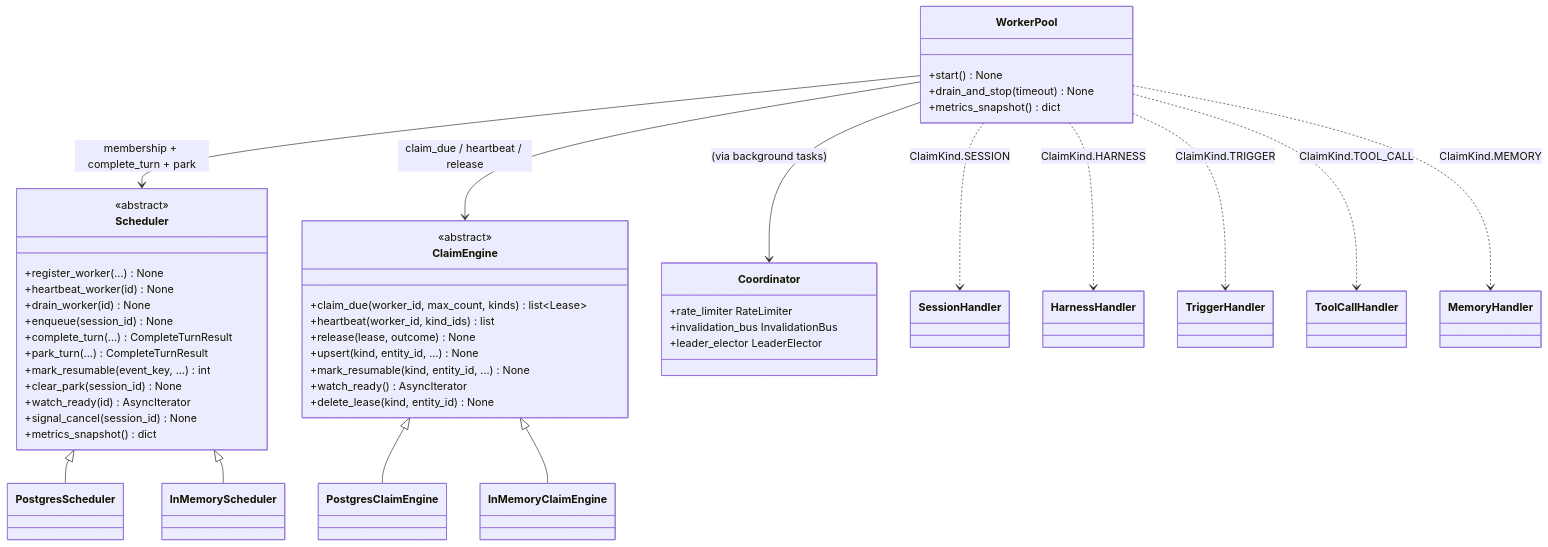
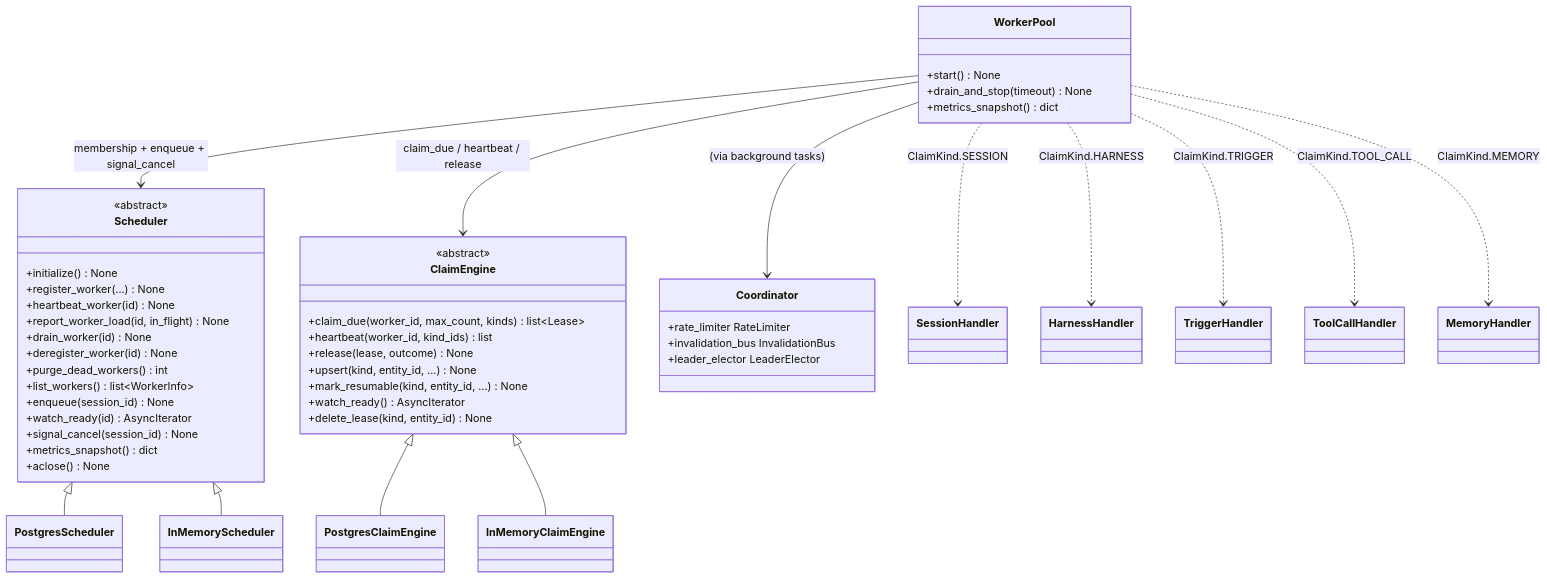
One commit to primerhq/primer changed the first of 3 diagrams in docs/dev/architecture/worker-system.md. Above: the diagram before and after it, drawn with Mermaid. The commit also changed other lines of this file and 495 other files, not shown here.

````diff
--- a/docs/dev/architecture/worker-system.md
+++ b/docs/dev/architecture/worker-system.md
@@ -19,52 +19,54 @@
 ```mermaid
 classDiagram
     class Scheduler {
         <<abstract>>
+        +initialize() None
         +register_worker(...) None
         +heartbeat_worker(id) None
+        +report_worker_load(id, in_flight) None
         +drain_worker(id) None
+        +deregister_worker(id) None
+        +purge_dead_workers() int
+        +list_workers() list~WorkerInfo~
         +enqueue(session_id) None
-        +complete_turn(...) CompleteTurnResult
-        +park_turn(...) CompleteTurnResult
-        +mark_resumable(event_key, ...) int
-        +clear_park(session_id) None
         +watch_ready(id) AsyncIterator
         +signal_cancel(session_id) None
         +metrics_snapshot() dict
+        +aclose() None
     }
     class ClaimEngine {
         <<abstract>>
         +claim_due(worker_id, max_count, kinds) list~Lease~
         +heartbeat(worker_id, kind_ids) list
         +release(lease, outcome) None
         +upsert(kind, entity_id, ...) None
         +mark_resumable(kind, entity_id, ...) None
         +watch_ready() AsyncIterator
         +delete_lease(kind, entity_id) None
     }
     class Coordinator {
         +rate_limiter RateLimiter
         +invalidation_bus InvalidationBus
         +leader_elector LeaderElector
     }
     class WorkerPool {
         +start() None
         +drain_and_stop(timeout) None
         +metrics_snapshot() dict
     }
 
     Scheduler <|-- PostgresScheduler
     Scheduler <|-- InMemoryScheduler
     ClaimEngine <|-- PostgresClaimEngine
     ClaimEngine <|-- InMemoryClaimEngine
 
-    WorkerPool --> Scheduler : membership + complete_turn + park
+    WorkerPool --> Scheduler : membership + enqueue + signal_cancel
     WorkerPool --> ClaimEngine : claim_due / heartbeat / release
     WorkerPool --> Coordinator : (via background tasks)
 
     WorkerPool ..> SessionHandler : ClaimKind.SESSION
     WorkerPool ..> HarnessHandler : ClaimKind.HARNESS
     WorkerPool ..> TriggerHandler : ClaimKind.TRIGGER
     WorkerPool ..> ToolCallHandler : ClaimKind.TOOL_CALL
     WorkerPool ..> MemoryHandler : ClaimKind.MEMORY
 ```
````
